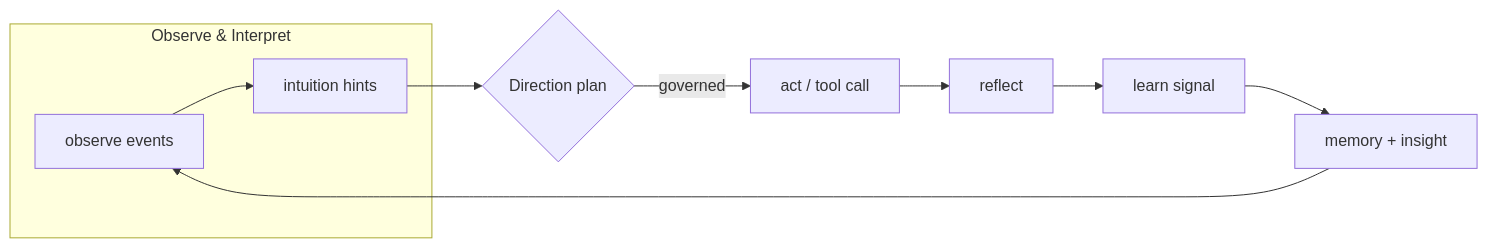
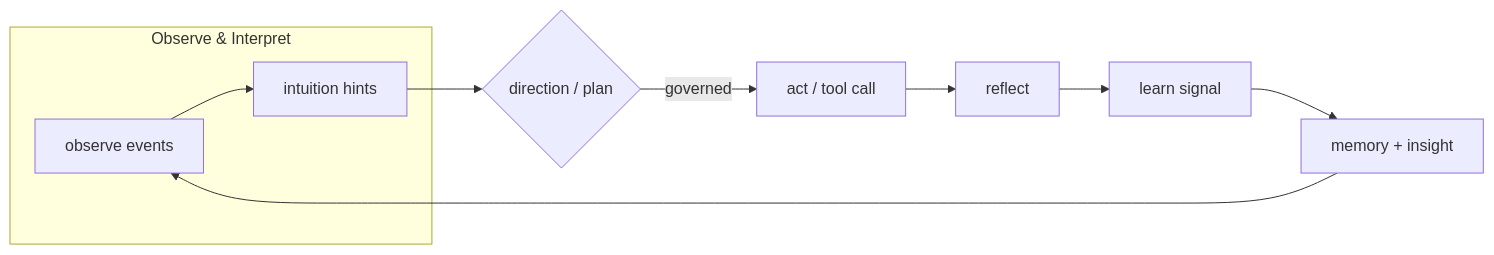
Before and after one commit to saraeloop/noesis: the second of 2 diagrams in README.md, drawn with Mermaid. The commit also changed other lines of this file, not shown here.

````diff
--- a/README.md
+++ b/README.md
@@ -35,12 +121,12 @@
 ```mermaid
 flowchart LR
-    subgraph Observe & Interpret
-        O[observe events] --> I[intuition hints]
+    subgraph "Observe & Interpret"
+        O["observe events"] --> I["intuition hints"]
     end
-    I --> P{Direction plan}
-    P -->|governed| A[act / tool call]
-    A --> R[reflect]
-    R --> L[learn signal]
-    L --> M[memory + insight]
+    I --> P{"direction / plan"}
+    P -->|governed| A["act / tool call"]
+    A --> R["reflect"]
+    R --> L["learn signal"]
+    L --> M["memory + insight"]
     M --> O
 ```
````
